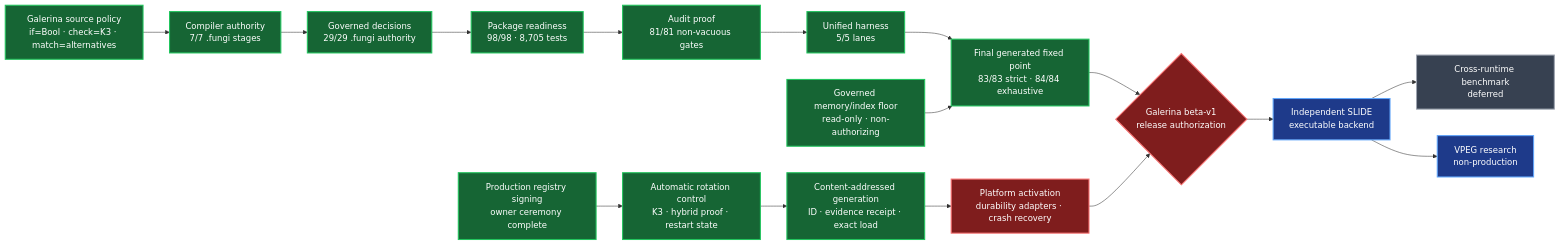
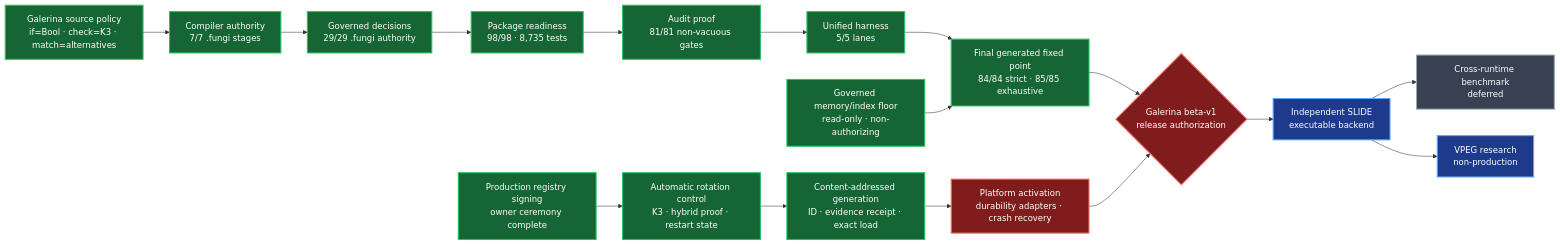
The diagram in docs/reports/zero-trust-tooling-refactor-completion-2026-07-29.md (TritHypha/Deveolpment-runtime-fungi-gate), drawn with Mermaid before and after one commit. The commit also changed other lines of this file and 14 other files, not shown here.

Commit message:
docs: record green beta fixed point

````diff
--- a/docs/reports/zero-trust-tooling-refactor-completion-2026-07-29.md
+++ b/docs/reports/zero-trust-tooling-refactor-completion-2026-07-29.md
@@ -114,30 +114,30 @@
 ```mermaid
 flowchart LR
     S["Galerina source policy<br/>if=Bool · check=K3 · match=alternatives"]:::green
     C["Compiler authority<br/>7/7 .fungi stages"]:::green
     K["Governed decisions<br/>29/29 .fungi authority"]:::green
-    P["Package readiness<br/>98/98 · 8,705 tests"]:::green
+    P["Package readiness<br/>98/98 · 8,735 tests"]:::green
     A["Audit proof<br/>81/81 non-vacuous gates"]:::green
     U["Unified harness<br/>5/5 lanes"]:::green
-    X["Final generated fixed point<br/>83/83 strict · 84/84 exhaustive"]:::green
+    X["Final generated fixed point<br/>84/84 strict · 85/85 exhaustive"]:::green
     M["Governed memory/index floor<br/>read-only · non-authorizing"]:::green
     R["Production registry signing<br/>owner ceremony complete"]:::green
     ROT["Automatic rotation control<br/>K3 · hybrid proof · restart state"]:::green
     GEN["Content-addressed generation<br/>ID · evidence receipt · exact load"]:::green
     ACT["Platform activation<br/>durability adapters · crash recovery"]:::red
     B{"Galerina beta-v1<br/>release authorization"}:::red
     L["Independent SLIDE<br/>executable backend"]:::blue
     V["VPEG research<br/>non-production"]:::blue
     Q["Cross-runtime benchmark<br/>deferred"]:::grey
 
     S --> C --> K --> P --> A --> U --> X --> B
     M --> X
     R --> ROT --> GEN --> ACT --> B
     B --> L --> Q
     L --> V
 
     classDef green fill:#166534,color:#fff,stroke:#22c55e,stroke-width:2px;
     classDef red fill:#7f1d1d,color:#fff,stroke:#f87171,stroke-width:2px;
     classDef blue fill:#1e3a8a,color:#fff,stroke:#60a5fa,stroke-width:2px;
     classDef grey fill:#374151,color:#fff,stroke:#9ca3af,stroke-width:2px;
 ```
````
